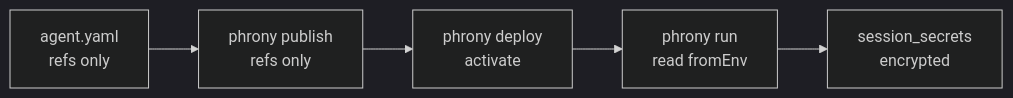
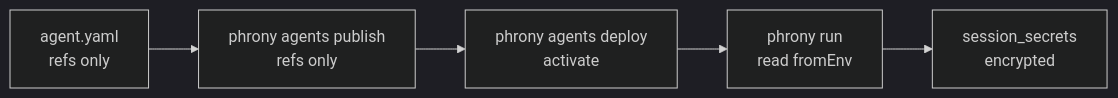
The diagram in src/content/agent-spec/resources/secrets.mdx (phrony-platform/marketing), drawn with Mermaid (dark theme) before and after one commit. The commit also changed other lines of this file and 54 other files, not shown here.

Commit message:
refactor: update command syntax in documentation and components to use 'phrony agents' prefix for agent-related operations

````diff
--- a/src/content/agent-spec/resources/secrets.mdx
+++ b/src/content/agent-spec/resources/secrets.mdx
@@ -82,10 +82,10 @@
 ```mermaid
 flowchart LR
   YAML["agent.yaml\nrefs only"]
-  Pub["phrony publish\nrefs only"]
-  Dep["phrony deploy\nactivate"]
+  Pub["phrony agents publish\nrefs only"]
+  Dep["phrony agents deploy\nactivate"]
   Run["phrony run\nread fromEnv"]
   SS["session_secrets\nencrypted"]
   YAML --> Pub --> Dep
   Dep --> Run --> SS
 ```
````
